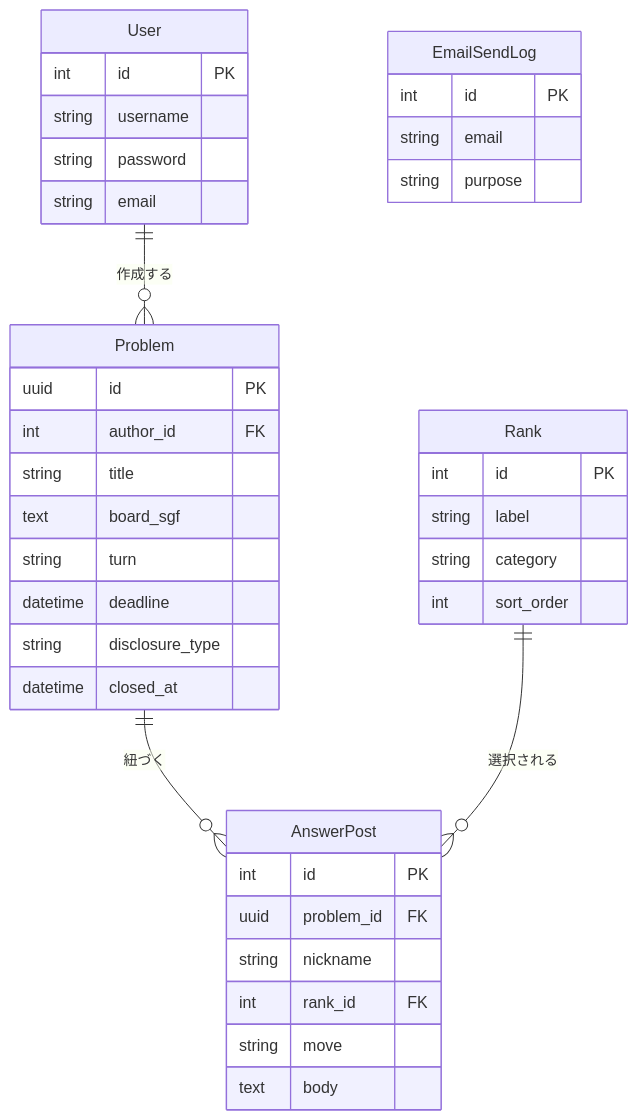
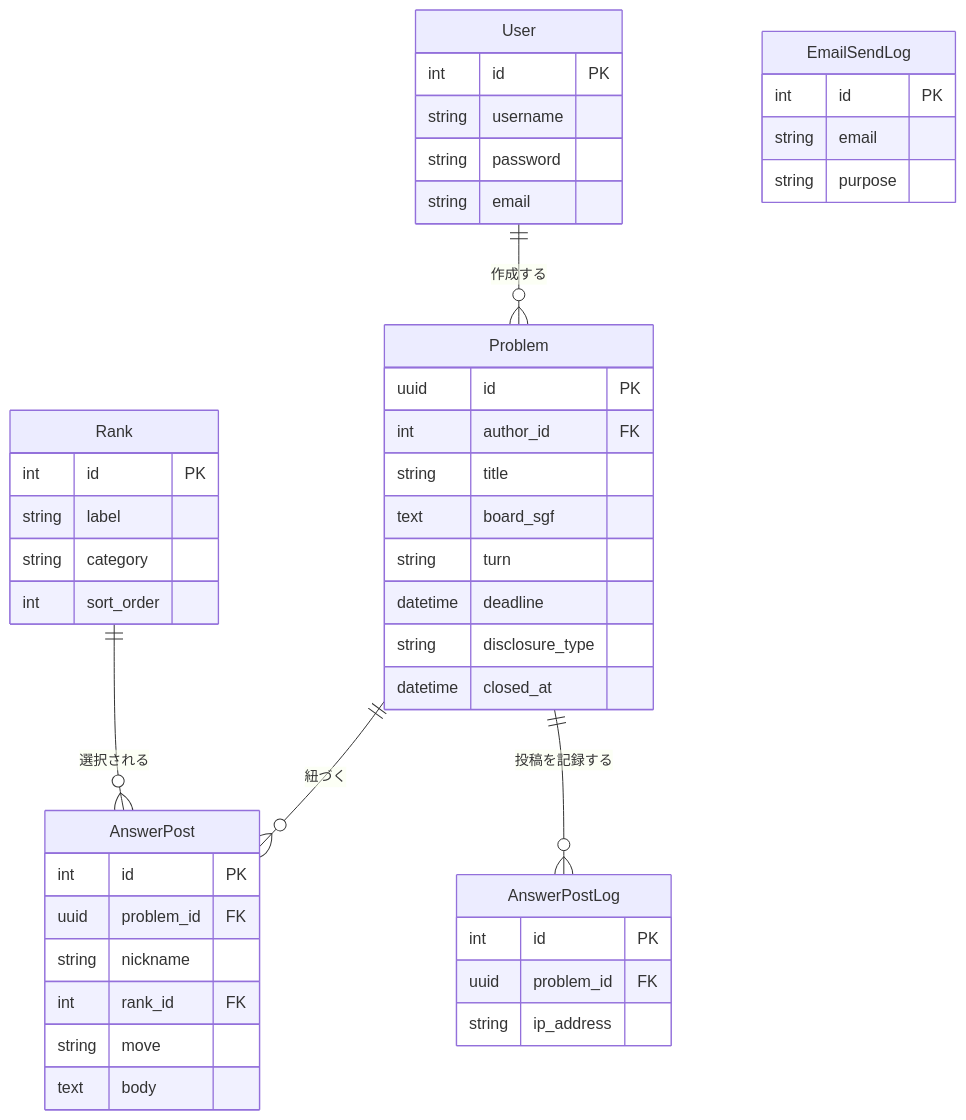
The diagram in docs/03_table_definition.md (KMOkuda/dokoutsu), drawn with Mermaid before and after one commit. The commit also changed other lines of this file and 19 other files, not shown here.

````diff
--- a/docs/03_table_definition.md
+++ b/docs/03_table_definition.md
@@ -7,42 +7,48 @@
 ```mermaid
 erDiagram
   User ||--o{ Problem : "作成する"
   Problem ||--o{ AnswerPost : "紐づく"
   Rank ||--o{ AnswerPost : "選択される"
+  Problem ||--o{ AnswerPostLog : "投稿を記録する"
 
   User {
     int id PK
     string username
     string password
     string email
   }
   Problem {
     uuid id PK
     int author_id FK
     string title
     text board_sgf
     string turn
     datetime deadline
     string disclosure_type
     datetime closed_at
   }
   AnswerPost {
     int id PK
     uuid problem_id FK
     string nickname
     int rank_id FK
     string move
     text body
   }
   Rank {
     int id PK
     string label
     string category
     int sort_order
   }
+  AnswerPostLog {
+    int id PK
+    uuid problem_id FK
+    string ip_address
+  }
   EmailSendLog {
     int id PK
     string email
     string purpose
   }
 ```
````
